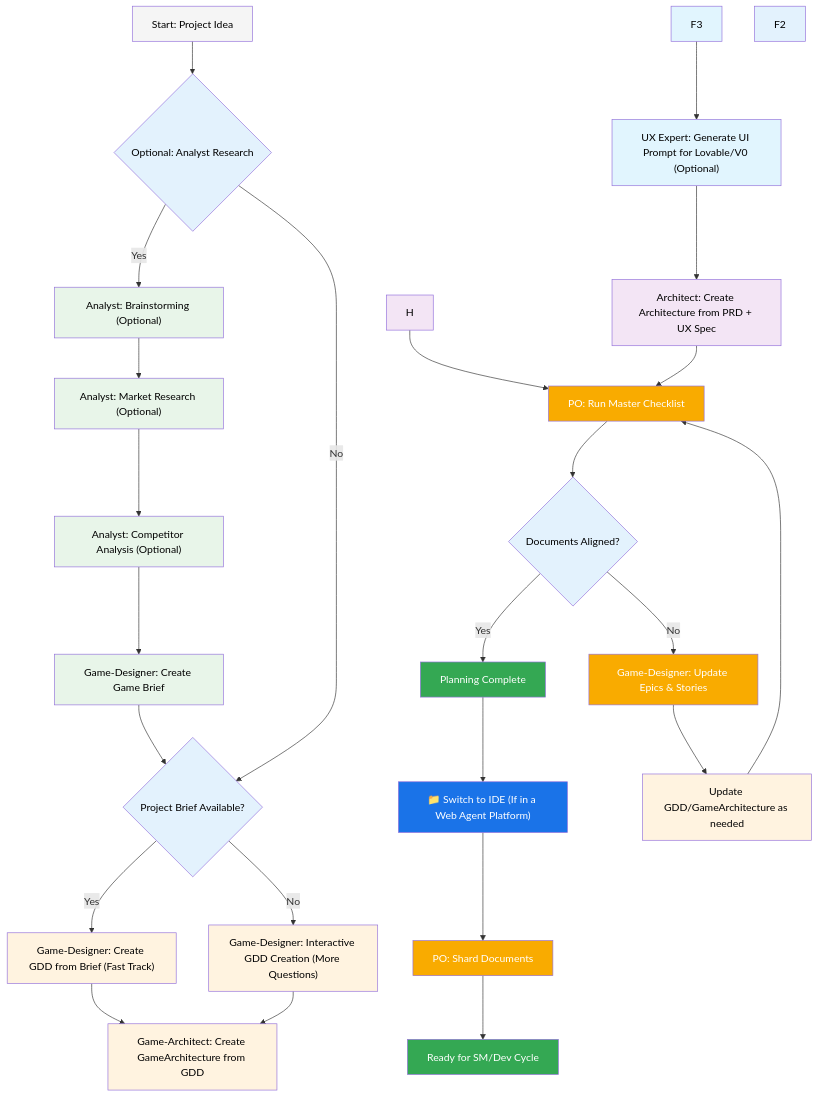
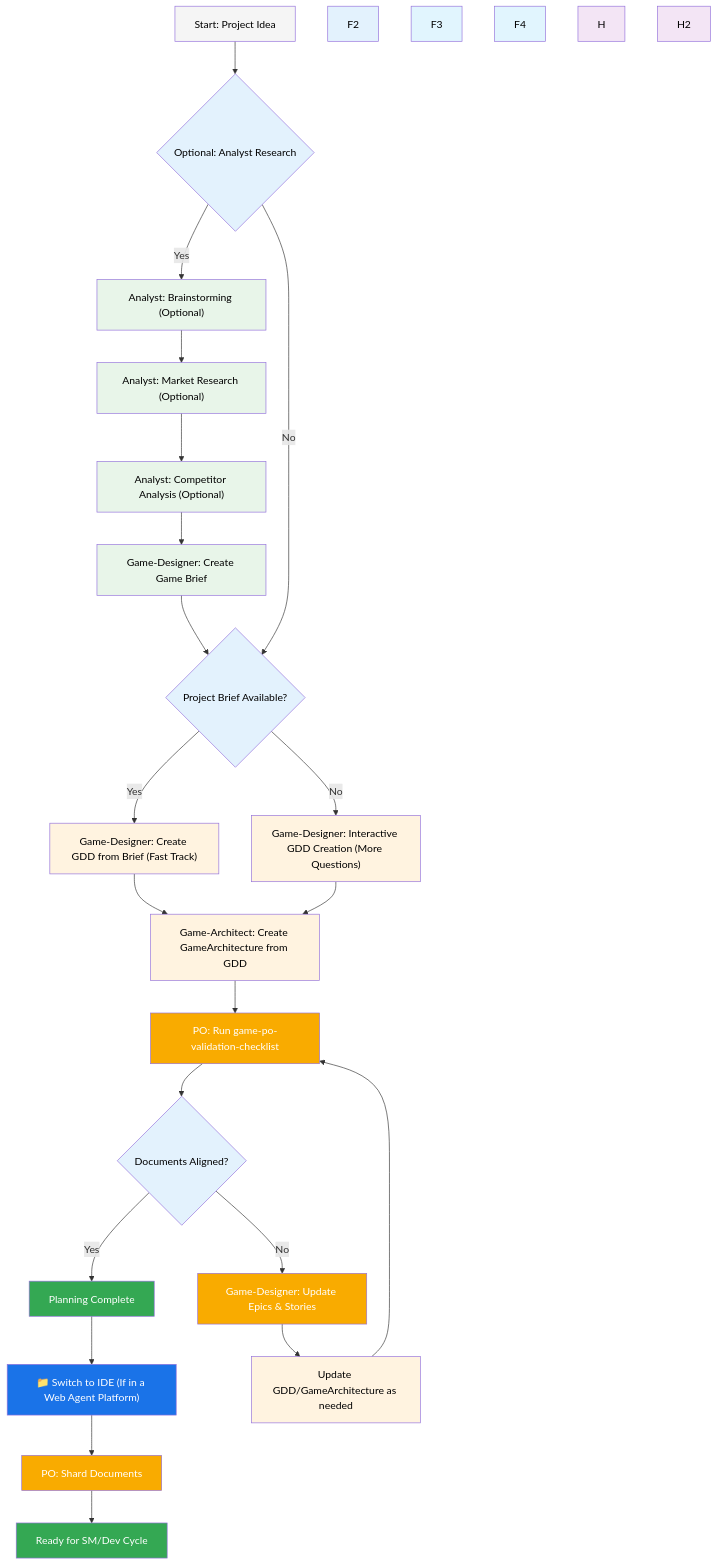
One commit to pbean/BMAD-METHOD changed the first of 2 diagrams in expansion-packs/bmad-unity-game-dev/README.md. Above: the diagram before and after it, drawn with Mermaid. The commit also changed other lines of this file, not shown here.

````diff
--- a/expansion-packs/bmad-unity-game-dev/README.md
+++ b/expansion-packs/bmad-unity-game-dev/README.md
@@ -14,50 +14,47 @@
 ```mermaid
 graph TD
     A["Start: Project Idea"] --> B{"Optional: Analyst Research"}
     B -->|Yes| C["Analyst: Brainstorming (Optional)"]
     B -->|No| G{"Project Brief Available?"}
     C --> C2["Analyst: Market Research (Optional)"]
     C2 --> C3["Analyst: Competitor Analysis (Optional)"]
     C3 --> D["Game-Designer: Create Game Brief"]
     D --> G
     G -->|Yes| E["Game-Designer: Create GDD from Brief (Fast Track)"]
     G -->|No| E2["Game-Designer: Interactive GDD Creation (More Questions)"]
     E --> F["GDD Created with FRs, NFRs, Epics & Stories"]
-    E2 --> F["Game-Architect: Create GameArchitecture from GDD"]
-    F3 --> F4["UX Expert: Generate UI Prompt for Lovable/V0 (Optional)"]
-    F4 --> H2["Architect: Create Architecture from PRD + UX Spec"]
-    H --> I["PO: Run Master Checklist"]
-    H2 --> I
+    E2 --> F
+    F["Game-Architect: Create GameArchitecture from GDD"] --> I["PO: Run game-po-validation-checklist"]
     I --> J{"Documents Aligned?"}
     J -->|Yes| K["Planning Complete"]
     J -->|No| L["Game-Designer: Update Epics & Stories"]
     L --> M["Update GDD/GameArchitecture as needed"]
     M --> I
     K --> N["📁 Switch to IDE (If in a Web Agent Platform)"]
     N --> O["PO: Shard Documents"]
     O --> P["Ready for SM/Dev Cycle"]
 
     style A fill:#f5f5f5,color:#000
     style B fill:#e3f2fd,color:#000
     style C fill:#e8f5e9,color:#000
     style C2 fill:#e8f5e9,color:#000
     style C3 fill:#e8f5e9,color:#000
     style D fill:#e8f5e9,color:#000
     style E fill:#fff3e0,color:#000
     style E2 fill:#fff3e0,color:#000
     style F fill:#fff3e0,color:#000
     style F2 fill:#e3f2fd,color:#000
     style F3 fill:#e1f5fe,color:#000
     style F4 fill:#e1f5fe,color:#000
     style G fill:#e3f2fd,color:#000
     style H fill:#f3e5f5,color:#000
     style H2 fill:#f3e5f5,color:#000
     style I fill:#f9ab00,color:#fff
     style J fill:#e3f2fd,color:#000
     style K fill:#34a853,color:#fff
     style L fill:#f9ab00,color:#fff
     style M fill:#fff3e0,color:#000
     style N fill:#1a73e8,color:#fff
     style O fill:#f9ab00,color:#fff
     style P fill:#34a853,color:#fff
 ```
````
